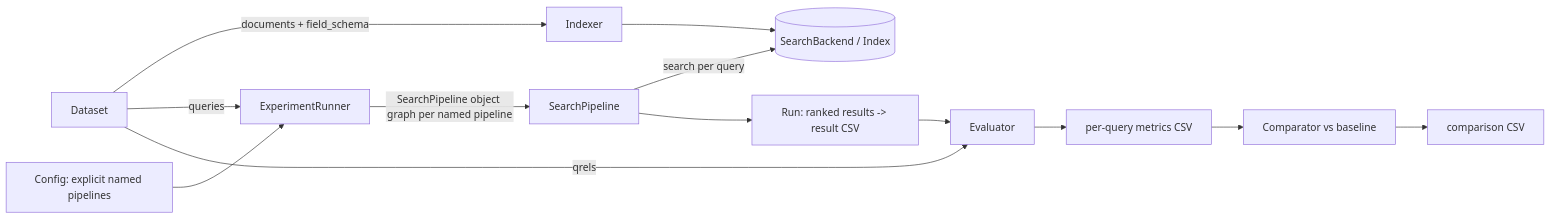
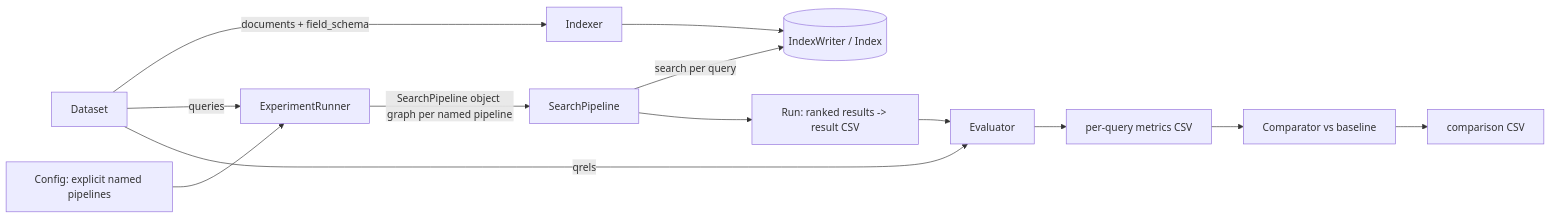
The first of 4 diagrams in docs/experiment.md (TensorOpt/search-rag-evaluation), drawn with Mermaid before and after one commit. The commit also changed other lines of this file and 51 other files, not shown here.

````diff
--- a/docs/experiment.md
+++ b/docs/experiment.md
@@ -46,15 +46,15 @@
 ```mermaid
 flowchart LR
   DS[Dataset] -->|documents + field_schema| IDX[Indexer]
-  IDX --> BK[(SearchBackend / Index)]
+  IDX --> BK[(IndexWriter / Index)]
   DS -->|queries| HARNESS[ExperimentRunner]
   CFG[Config: explicit named pipelines] --> HARNESS
   HARNESS -->|SearchPipeline object graph per named pipeline| PIPE[SearchPipeline]
   PIPE -->|search per query| BK
   PIPE --> RUN[Run: ranked results -> result CSV]
   DS -->|qrels| EVAL[Evaluator]
   RUN --> EVAL
   EVAL --> M[per-query metrics CSV]
   M --> CMP[Comparator vs baseline]
   CMP --> C[comparison CSV]
 ```
````
